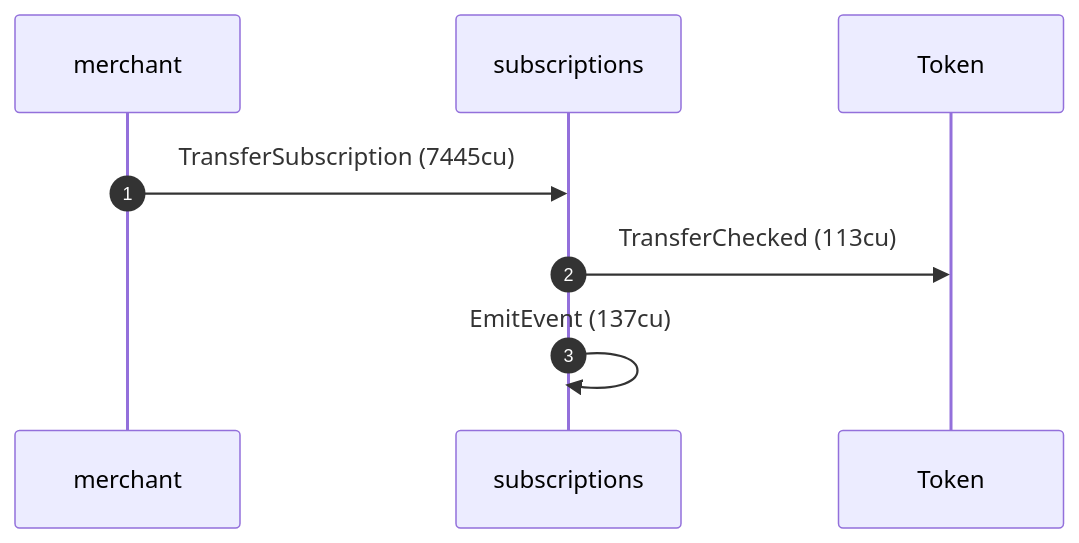
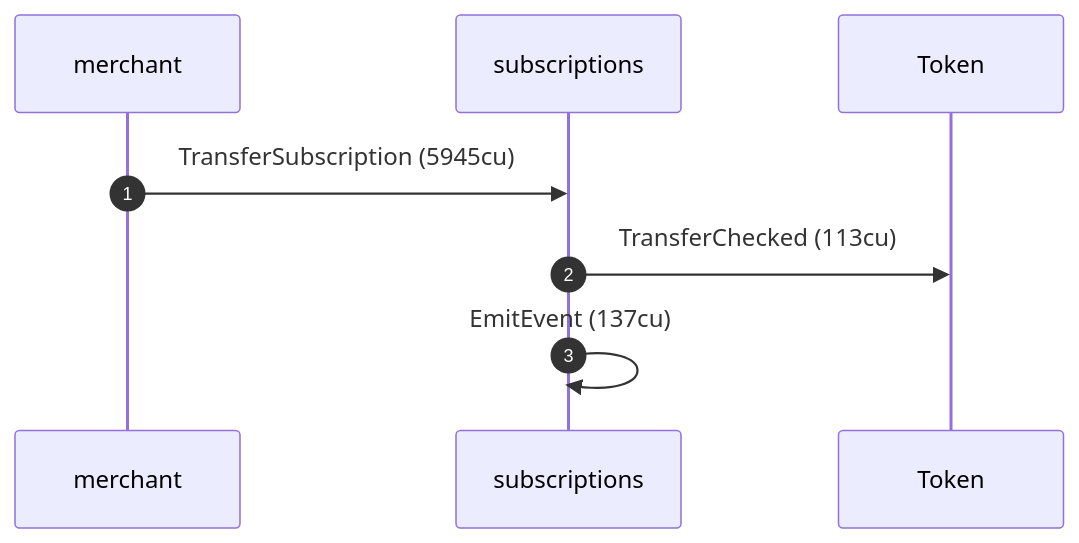
Diagram 13 of 16 in dsl_tests/transfer-subscription--cancellation-still-allows-the-current-period.md (cds-rs/subscriptions), drawn with Mermaid before and after one commit. The commit also changed other lines of this file and 224 other files, not shown here.

````diff
--- a/dsl_tests/transfer-subscription--cancellation-still-allows-the-current-period.md
+++ b/dsl_tests/transfer-subscription--cancellation-still-allows-the-current-period.md
@@ -244,10 +256,10 @@
 ```mermaid
 sequenceDiagram
     autonumber
     participant merchant
     participant subscriptions
     participant Token
-    merchant ->> subscriptions: TransferSubscription (7445cu)
+    merchant ->> subscriptions: TransferSubscription (5945cu)
     subscriptions ->> Token: TransferChecked (113cu)
     subscriptions ->> subscriptions: EmitEvent (137cu)
 ```
````
